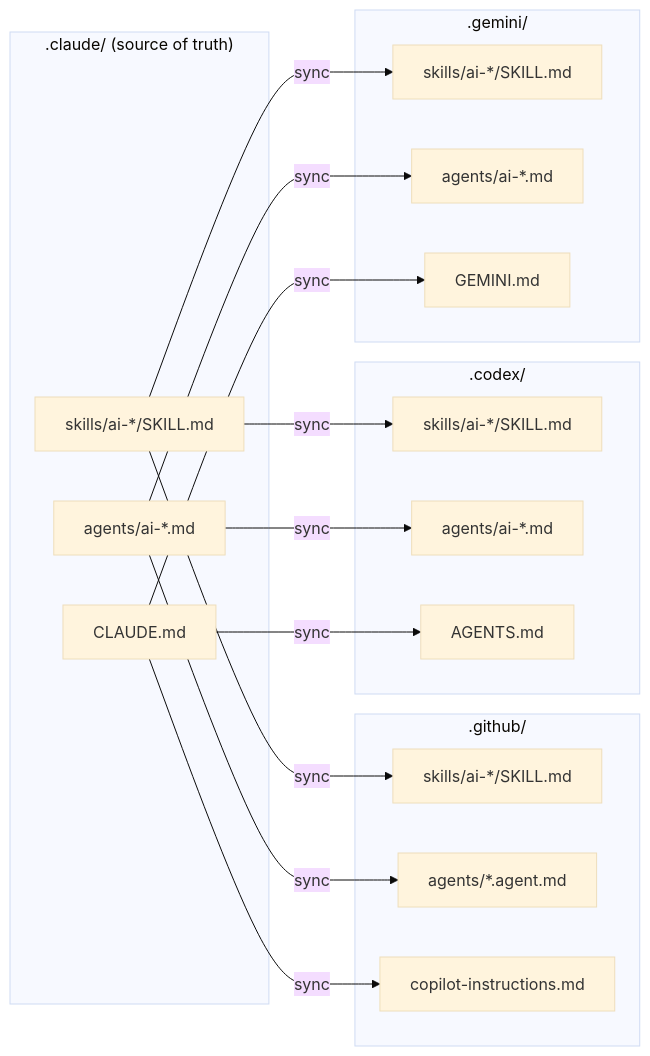
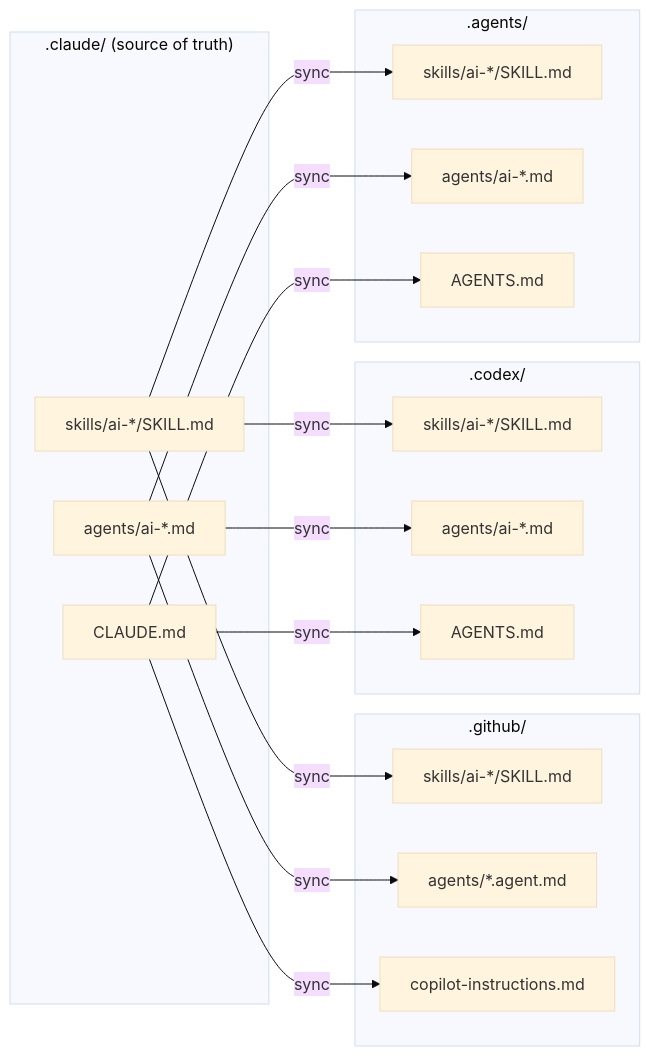
The fifth of 10 diagrams in .ai-engineering/solution-intent.md (arcasilesgroup/ai-engineering), drawn with Mermaid (base theme) before and after one commit. The commit also changed other lines of this file and 929 other files, not shown here.

First line of the commit message:
feat(surfaces): replace gemini cli with antigravity

````diff
--- a/.ai-engineering/solution-intent.md
+++ b/.ai-engineering/solution-intent.md
@@ -321,36 +321,36 @@
 ```mermaid
 graph LR
     subgraph Canonical[".claude/ (source of truth)"]
         CS["skills/ai-*/SKILL.md"]
         CA["agents/ai-*.md"]
         CI["CLAUDE.md"]
     end
 
     subgraph GitHub[".github/"]
         GS["skills/ai-*/SKILL.md"]
         GA["agents/*.agent.md"]
         GI["copilot-instructions.md"]
     end
 
     subgraph Codex[".codex/"]
         XS["skills/ai-*/SKILL.md"]
         XA["agents/ai-*.md"]
         XI["AGENTS.md"]
     end
 
-    subgraph Gemini[".gemini/"]
+    subgraph Antigravity[".agents/"]
         MS["skills/ai-*/SKILL.md"]
         MA["agents/ai-*.md"]
-        MI["GEMINI.md"]
+        MI["AGENTS.md"]
     end
 
     CS -->|sync| GS
     CS -->|sync| XS
     CS -->|sync| MS
     CA -->|sync| GA
     CA -->|sync| XA
     CA -->|sync| MA
     CI -->|sync| GI
     CI -->|sync| XI
     CI -->|sync| MI
 ```
````
